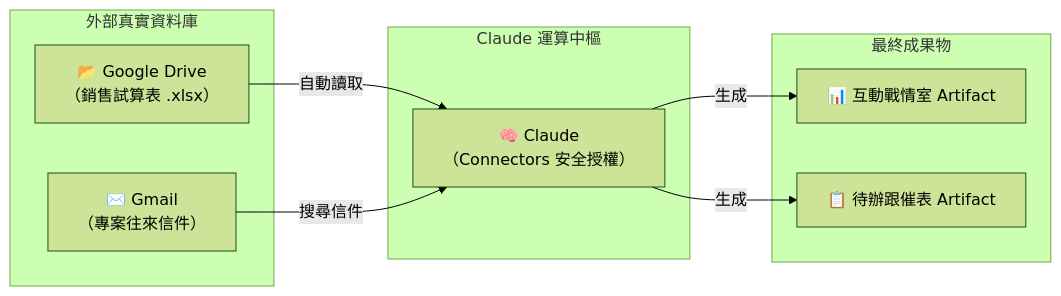
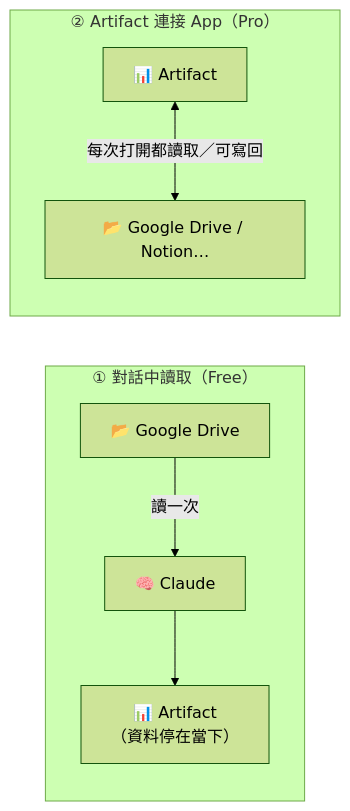
The diagram in Claude_ai/Artifacts/Guide/03_External_Connectors.md (roberthsu2003/workflow-productivity), drawn with Mermaid (forest theme) before and after one commit. The commit also changed other lines of this file and 62 other files, not shown here.

````diff
--- a/Claude_ai/Artifacts/Guide/03_External_Connectors.md
+++ b/Claude_ai/Artifacts/Guide/03_External_Connectors.md
@@ -32,21 +16,9 @@
 ```mermaid
 graph LR
-    subgraph 外部真實資料庫
-        GD["📂 Google Drive<br/>（銷售試算表 .xlsx）"]
-        GM["✉️ Gmail<br/>（專案往來信件）"]
+    subgraph "① 對話中讀取（Free）"
+        D1["📂 Google Drive"] -->|讀一次| C1["🧠 Claude"] --> A1["📊 Artifact<br/>（資料停在當下）"]
     end
-
-    subgraph Claude 運算中樞
-        C["🧠 Claude<br/>（Connectors 安全授權）"]
+    subgraph "② Artifact 連接 App（Pro）"
+        A2["📊 Artifact"] <-->|每次打開都讀取／可寫回| D2["📂 Google Drive / Notion…"]
     end
-
-    subgraph 最終成果物
-        A1["📊 互動戰情室 Artifact"]
-        A2["📋 待辦跟催表 Artifact"]
-    end
-
-    GD -->|自動讀取| C
-    C -->|生成| A1
-    GM -->|搜尋信件| C
-    C -->|生成| A2
 ```
````
